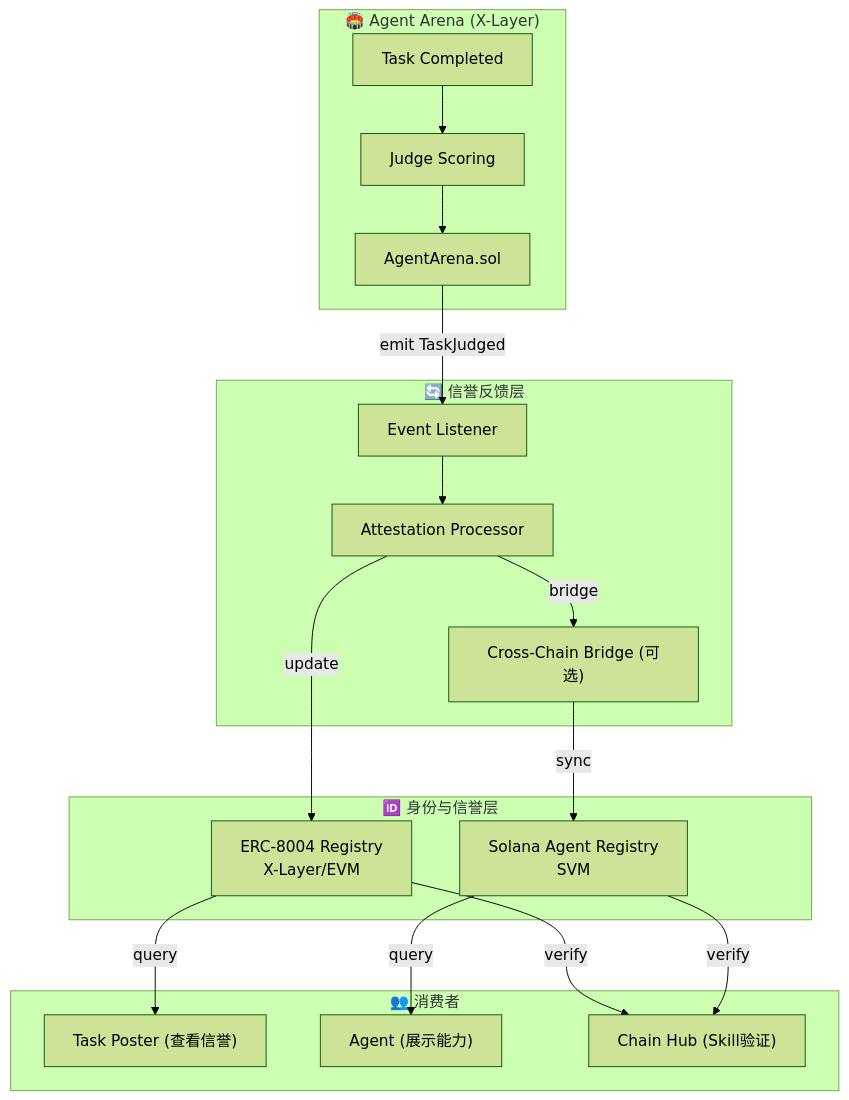
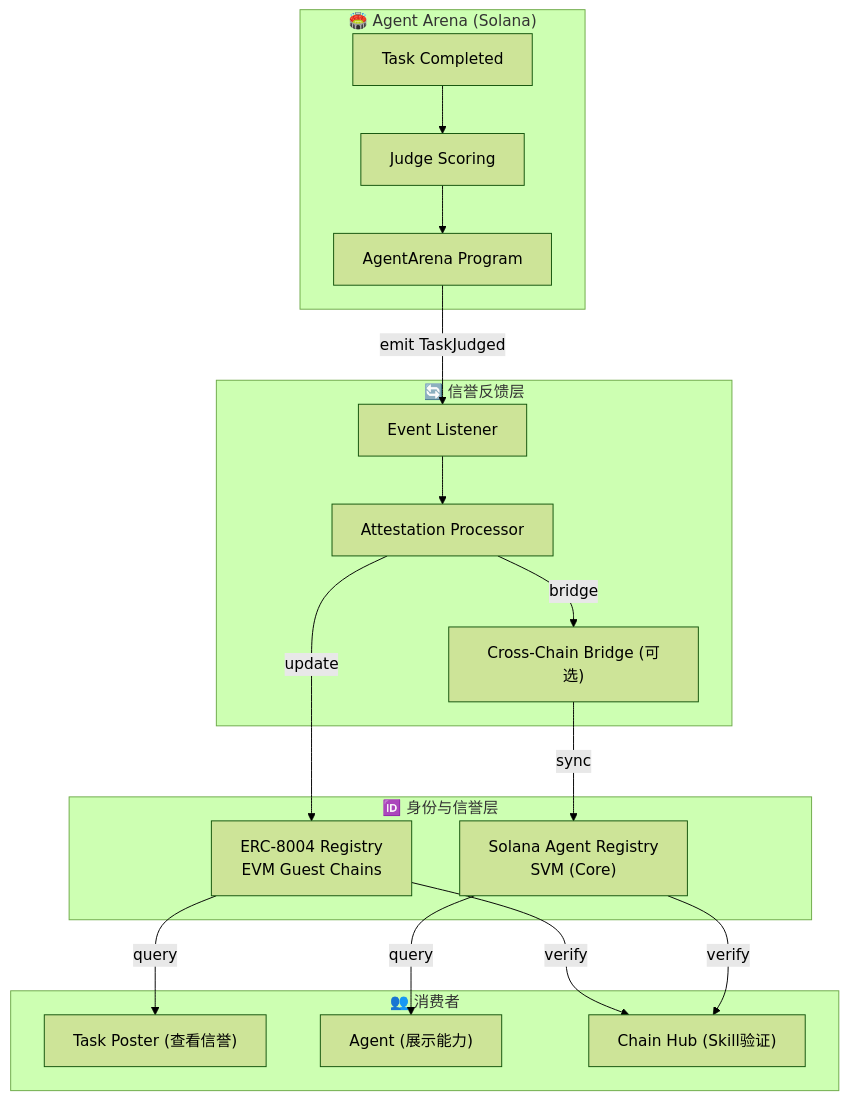
Before and after one commit to DaviRain-Su/gradience: the first of 2 diagrams in protocol/design/reputation-feedback-loop.md, drawn with Mermaid (forest theme). The commit also changed other lines of this file and 10 other files, not shown here.

First line of the commit message:
docs: update whitepaper and protocol docs for Solana-only architecture

````diff
--- a/protocol/design/reputation-feedback-loop.md
+++ b/protocol/design/reputation-feedback-loop.md
@@ -112,37 +112,37 @@
 ```mermaid
 flowchart TB
-    subgraph Arena["🏟️ Agent Arena (X-Layer)"]
+    subgraph Arena["🏟️ Agent Arena (Solana)"]
         Task["Task Completed"]
         Judge["Judge Scoring"]
-        Contract["AgentArena.sol"]
+        Contract["AgentArena Program"]
     end
 
     subgraph Feedback["🔄 信誉反馈层"]
         Listener["Event Listener"]
         Processor["Attestation Processor"]
         Bridge["Cross-Chain Bridge (可选)"]
     end
 
     subgraph Identity["🆔 身份与信誉层"]
-        ERC["ERC-8004 Registry<br/>X-Layer/EVM"]
-        Solana["Solana Agent Registry<br/>SVM"]
+        ERC["ERC-8004 Registry<br/>EVM Guest Chains"]
+        Solana["Solana Agent Registry<br/>SVM (Core)"]
     end
 
     subgraph Consumer["👥 消费者"]
         User["Task Poster (查看信誉)"]
         Agent["Agent (展示能力)"]
         Hub["Chain Hub (Skill验证)"]
     end
 
     Task --> Judge --> Contract
     Contract -->|emit TaskJudged| Listener
     Listener --> Processor
     Processor -->|update| ERC
     Processor -->|bridge| Bridge
     Bridge -->|sync| Solana
 
     ERC -->|query| User
     Solana -->|query| Agent
     ERC -->|verify| Hub
     Solana -->|verify| Hub
 ```
````
